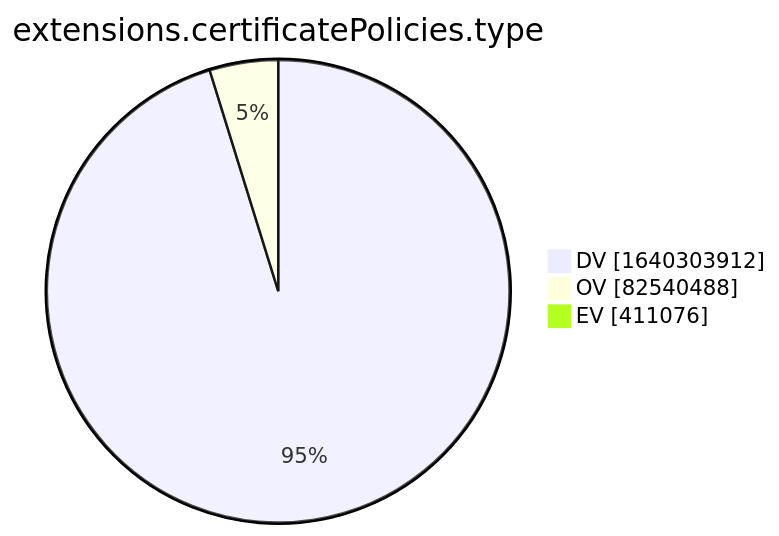
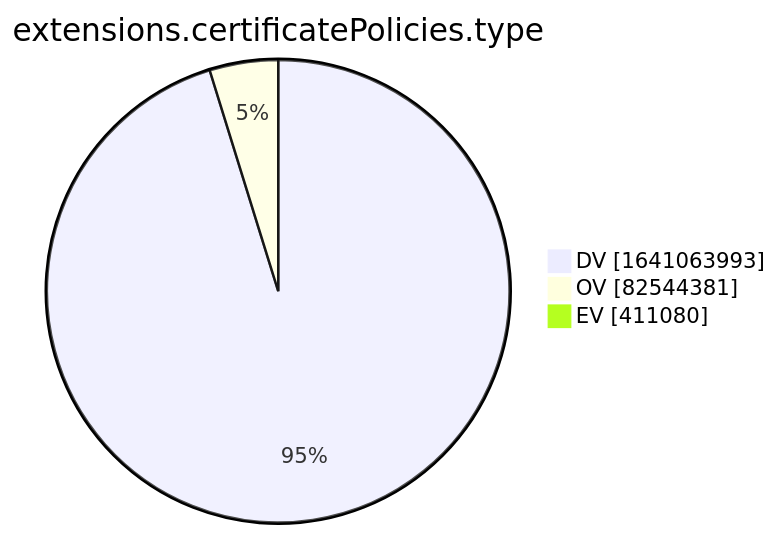
The tenth of 15 diagrams in xenon2022/README.md (christiankrug/ctmonitor_visualization), drawn with Mermaid before and after one commit. The commit also changed other lines of this file, not shown here.

````diff
--- a/xenon2022/README.md
+++ b/xenon2022/README.md
@@ -2879,7 +2879,7 @@
 ```mermaid
 pie showData
 title extensions.certificatePolicies.type
-"DV" :1640303912
-"OV" :82540488
-"EV" :411076
+"DV" :1641063993
+"OV" :82544381
+"EV" :411080
 ```
````
